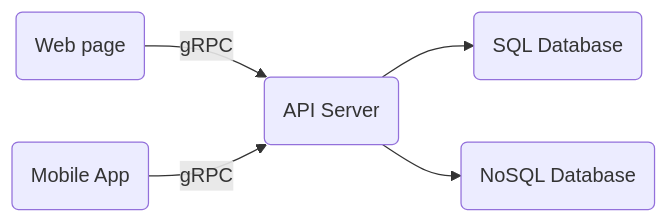
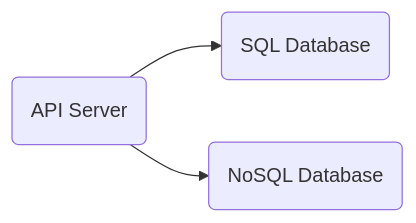
Before and after one commit to timothy-leong/alphalove: the diagram in README.md, drawn with Mermaid. The commit also changed other lines of this file, not shown here.

````diff
--- a/README.md
+++ b/README.md
@@ -9,9 +9,7 @@
 ```mermaid
 
     graph LR;
     
-    A(Web page) -->|gRPC| B(API Server)
-    C(Mobile App) -->|gRPC| B
-    B --> D1(SQL Database)
+    B(API Server) --> D1(SQL Database)
     B --> D2(NoSQL Database)
 ```
````
